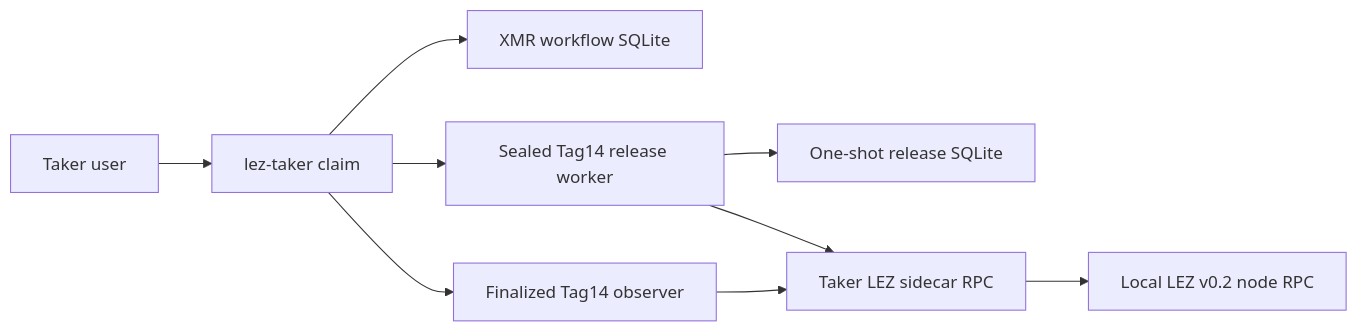
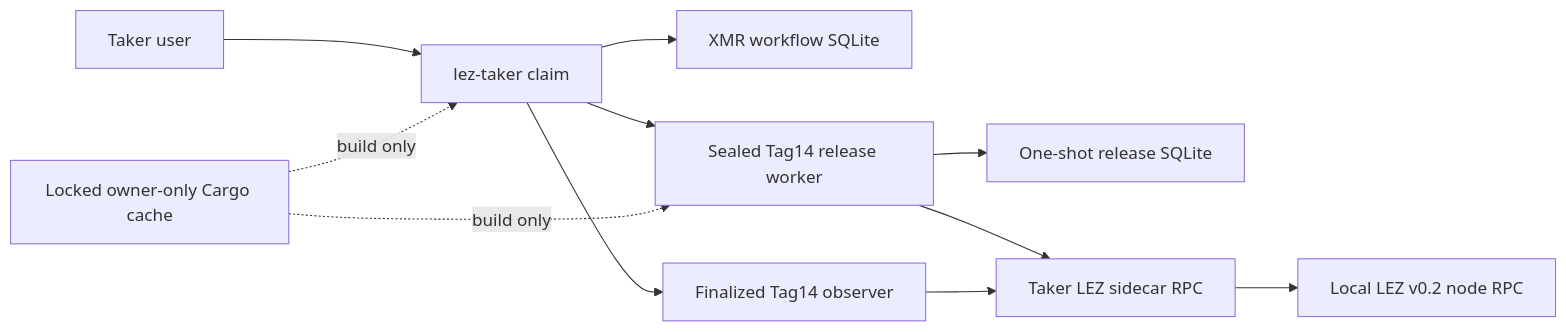
Before and after one commit to gateway-fm/lez-atomic-swaps: the first of 3 diagrams in docs/architecture/0194-recover-taker-tag14-after-process-kill.md, drawn with Mermaid. The commit also changed other lines of this file and 3 other files, not shown here.

````diff
--- a/docs/architecture/0194-recover-taker-tag14-after-process-kill.md
+++ b/docs/architecture/0194-recover-taker-tag14-after-process-kill.md
@@ -26,11 +33,13 @@
 ```mermaid
 flowchart LR
     User["Taker user"] --> CLI["lez-taker claim"]
     CLI --> Workflow["XMR workflow SQLite"]
     CLI --> Sender["Sealed Tag14 release worker"]
     Sender --> Release["One-shot release SQLite"]
     Sender --> Sidecar["Taker LEZ sidecar RPC"]
     Sidecar --> Lez["Local LEZ v0.2 node RPC"]
     CLI --> Observer["Finalized Tag14 observer"]
     Observer --> Sidecar
+    Cache["Locked owner-only Cargo cache"] -. build only .-> CLI
+    Cache -. build only .-> Sender
 ```
````
